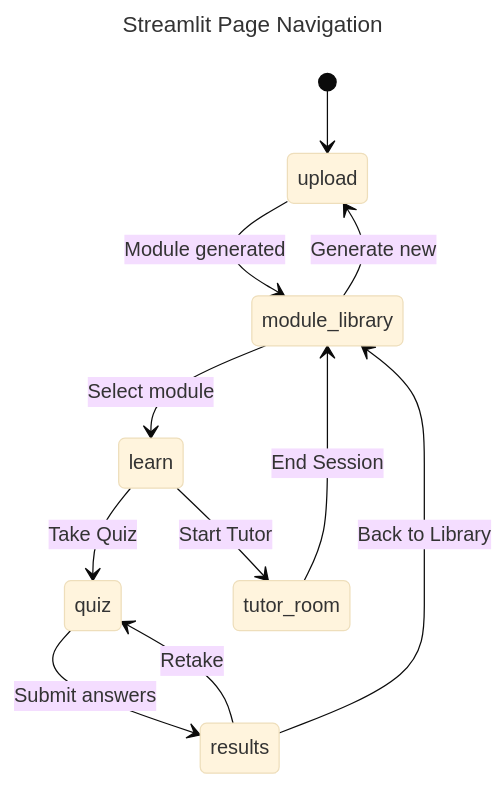
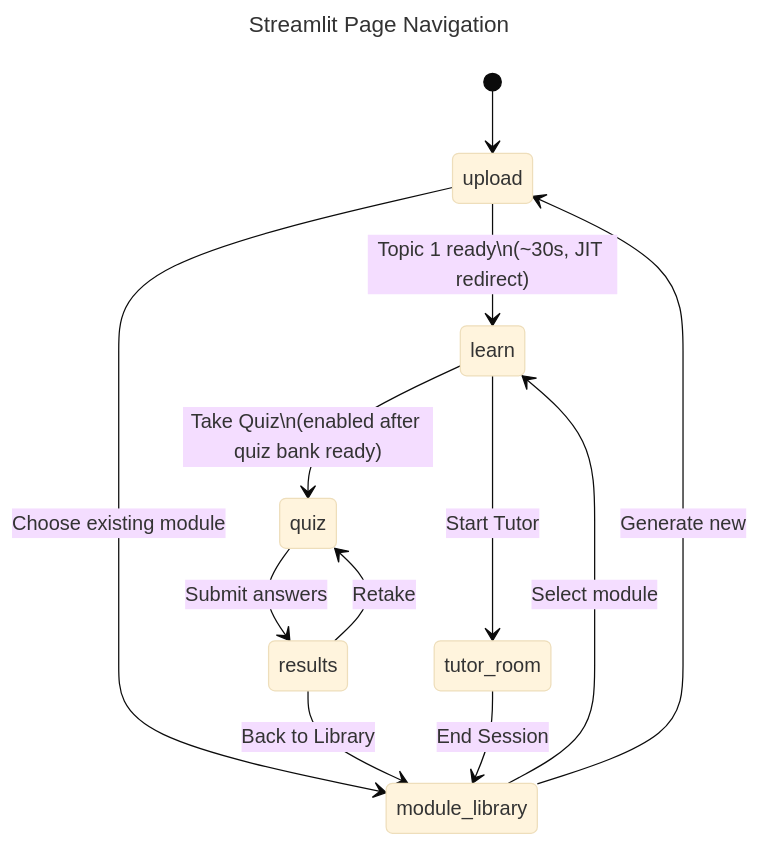
One commit to bijesh-p/deepl-ai-tutor changed the sixth of 8 diagrams in ARCHITECTURE.md. Above: the diagram before and after it, drawn with Mermaid (base theme). The commit also changed other lines of this file, not shown here.

First line of the commit message:
Update ARCHITECTURE.md for JIT delivery, audio, and mandatory diagrams

````diff
--- a/ARCHITECTURE.md
+++ b/ARCHITECTURE.md
@@ -261,22 +283,23 @@
 ```mermaid
 ---
 title: Streamlit Page Navigation
 ---
 stateDiagram-v2
     [*] --> upload
 
-    upload --> module_library : Module generated
+    upload --> learn : Topic 1 ready\n(~30s, JIT redirect)
+    upload --> module_library : Choose existing module
 
     module_library --> learn : Select module
     module_library --> upload : Generate new
 
-    learn --> quiz : Take Quiz
+    learn --> quiz : Take Quiz\n(enabled after quiz bank ready)
     learn --> tutor_room : Start Tutor
 
     quiz --> results : Submit answers
 
     results --> quiz : Retake
     results --> module_library : Back to Library
 
     tutor_room --> module_library : End Session
 ```
````
